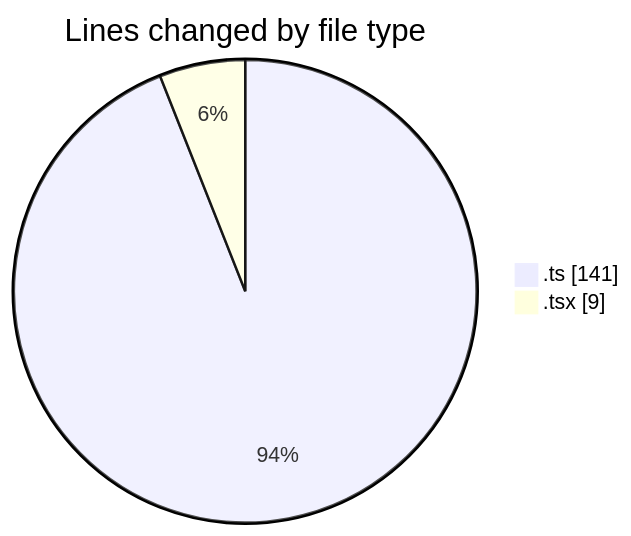
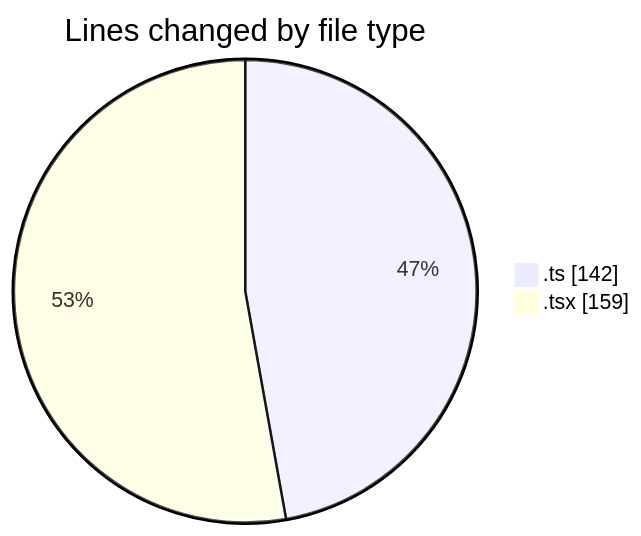
One commit to julien-gomy/code-tracking changed the first of 2 diagrams in 2025-10-28/eventscop-frontend-guide__workspace_/README.md. Above: the diagram before and after it, drawn with Mermaid. The commit also changed other lines of this file and 1 other file, not shown here.

````diff
--- a/2025-10-28/eventscop-frontend-guide__workspace_/README.md
+++ b/2025-10-28/eventscop-frontend-guide__workspace_/README.md
@@ -25,6 +26,6 @@
 ```mermaid
 pie showData
 title Lines changed by file type
-".ts" : 141
-".tsx" : 9
+".ts" : 142
+".tsx" : 159
 ```
````
